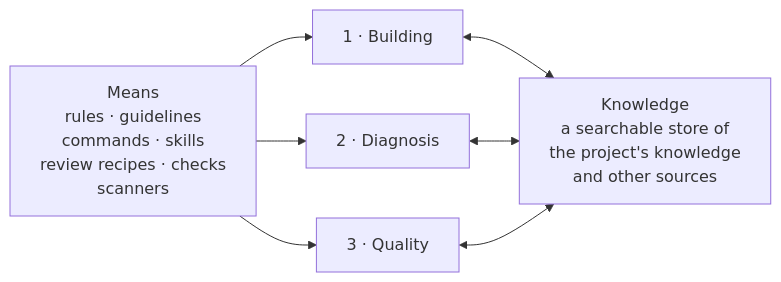
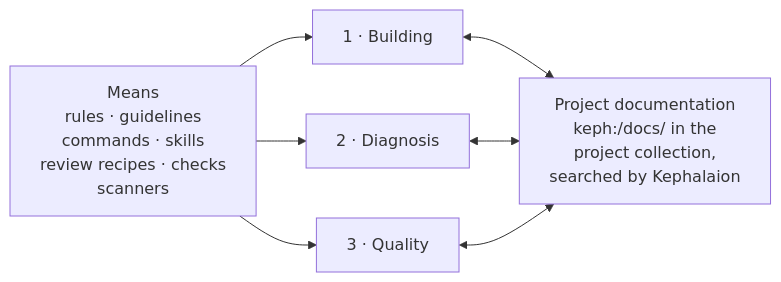
Before and after one commit to kascada/k-playbook: the first of 3 diagrams in docs/overview.md, drawn with Mermaid. The commit also changed other lines of this file and 88 other files, not shown here.

````diff
--- a/docs/overview.md
+++ b/docs/overview.md
@@ -12,18 +12,18 @@
 ```mermaid
 flowchart LR
     Means["Means<br>rules · guidelines<br>commands · skills<br>review recipes · checks<br>scanners"]
 
     Means --> Build
     Means --> Diagnose
     Means --> Quality
 
     Build["1 · Building"]
     Diagnose["2 · Diagnosis"]
     Quality["3 · Quality"]
 
-    Build <--> Knowledge
-    Diagnose <--> Knowledge
-    Quality <--> Knowledge
+    Build <--> Docs
+    Diagnose <--> Docs
+    Quality <--> Docs
 
-    Knowledge["Knowledge<br>a searchable store of<br>the project's knowledge<br>and other sources"]
+    Docs["Project documentation<br>keph:/docs/ in the<br>project collection,<br>searched by Kephalaion"]
 ```
````
